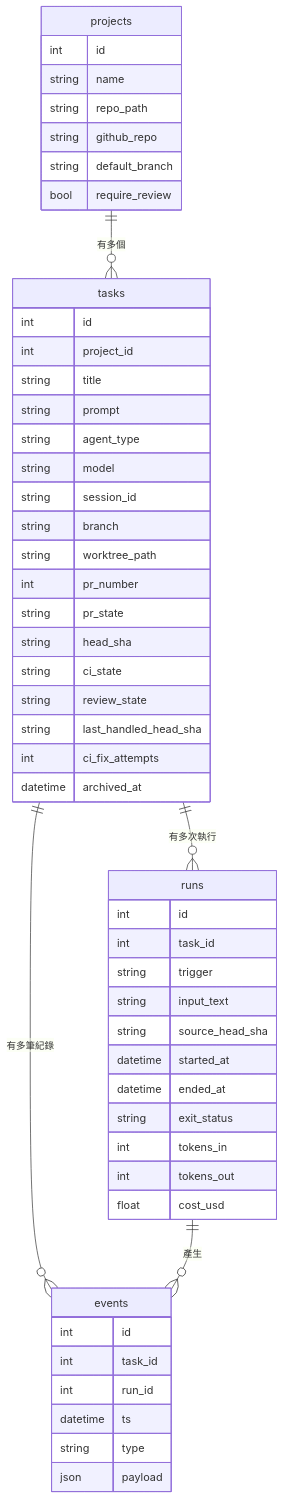
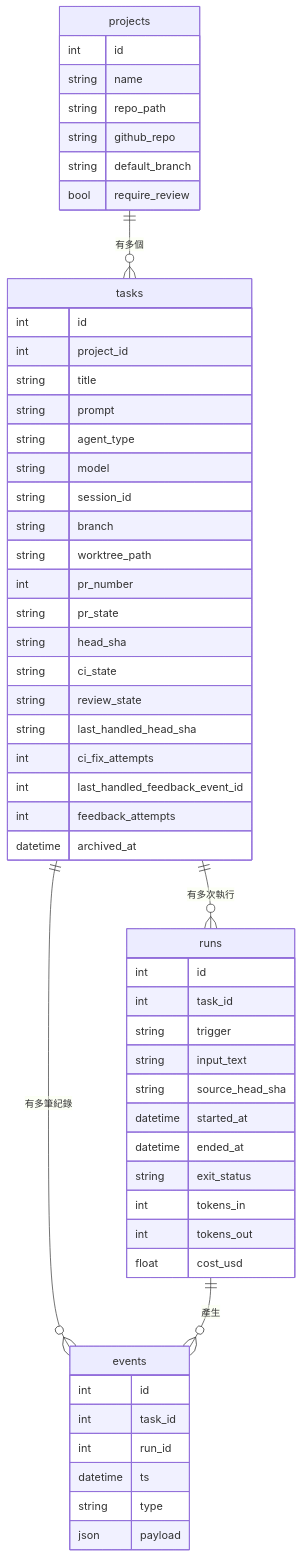
Before and after one commit to ppoozine/agent-supervisor: the fifth of 18 diagrams in docs/06-diagrams.md, drawn with Mermaid. The commit also changed other lines of this file and 5 other files, not shown here.

````diff
--- a/docs/06-diagrams.md
+++ b/docs/06-diagrams.md
@@ -176,56 +176,58 @@
 ```mermaid
 erDiagram
     projects ||--o{ tasks : "有多個"
     tasks ||--o{ runs : "有多次執行"
     tasks ||--o{ events : "有多筆紀錄"
     runs ||--o{ events : "產生"
 
     projects {
         int id
         string name
         string repo_path
         string github_repo
         string default_branch
         bool require_review
     }
     tasks {
         int id
         int project_id
         string title
         string prompt
         string agent_type
         string model
         string session_id
         string branch
         string worktree_path
         int pr_number
         string pr_state
         string head_sha
         string ci_state
         string review_state
         string last_handled_head_sha
         int ci_fix_attempts
+        int last_handled_feedback_event_id
+        int feedback_attempts
         datetime archived_at
     }
     runs {
         int id
         int task_id
         string trigger
         string input_text
         string source_head_sha
         datetime started_at
         datetime ended_at
         string exit_status
         int tokens_in
         int tokens_out
         float cost_usd
     }
     events {
         int id
         int task_id
         int run_id
         datetime ts
         string type
         json payload
     }
 ```
````
